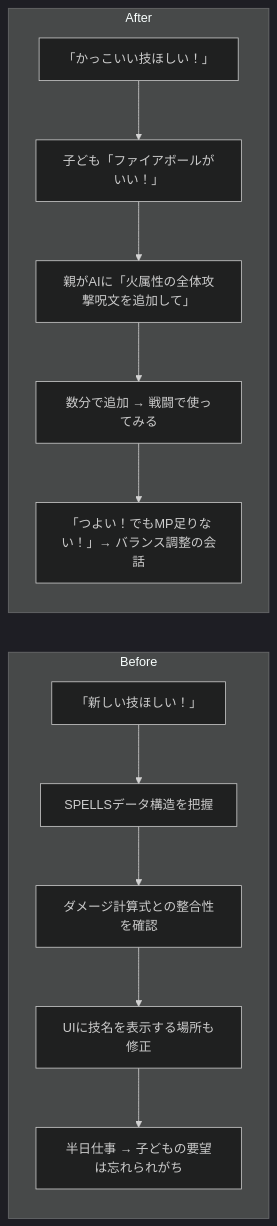
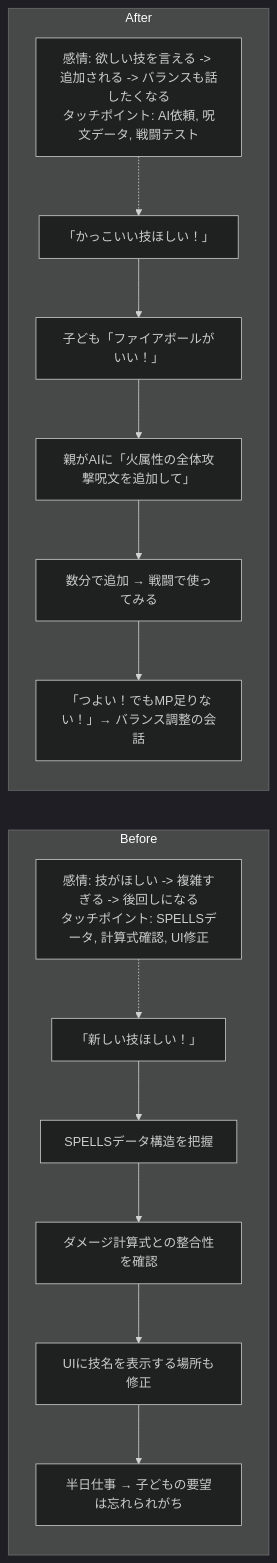
Before and after one commit to tatsuro-ueda/code-quest-pyxel: diagram 15 of 42 in docs/product-requirements/customer-journeys.md, drawn with Mermaid (dark theme). The commit also changed other lines of this file and 23 other files, not shown here.

````diff
--- a/docs/product-requirements/customer-journeys.md
+++ b/docs/product-requirements/customer-journeys.md
@@ -293,15 +351,19 @@
 ```mermaid
 flowchart LR
     subgraph Before["Before"]
+        BM["感情: 技がほしい -> 複雑すぎる -> 後回しになる<br/>タッチポイント: SPELLSデータ, 計算式確認, UI修正"]
+        BM -.-> B1
         B1[「新しい技ほしい！」] --> B2[SPELLSデータ構造を把握]
         B2 --> B3[ダメージ計算式との整合性を確認]
         B3 --> B4[UIに技名を表示する場所も修正]
         B4 --> B5[半日仕事 → 子どもの要望は忘れられがち]
     end
     subgraph After["After"]
+        AM["感情: 欲しい技を言える -> 追加される -> バランスも話したくなる<br/>タッチポイント: AI依頼, 呪文データ, 戦闘テスト"]
+        AM -.-> A1
         A1[「かっこいい技ほしい！」] --> A2[子ども「ファイアボールがいい！」]
         A2 --> A3[親がAIに「火属性の全体攻撃呪文を追加して」]
         A3 --> A4[数分で追加 → 戦闘で使ってみる]
         A4 --> A5[「つよい！でもMP足りない！」→ バランス調整の会話]
     end
 ```
````
